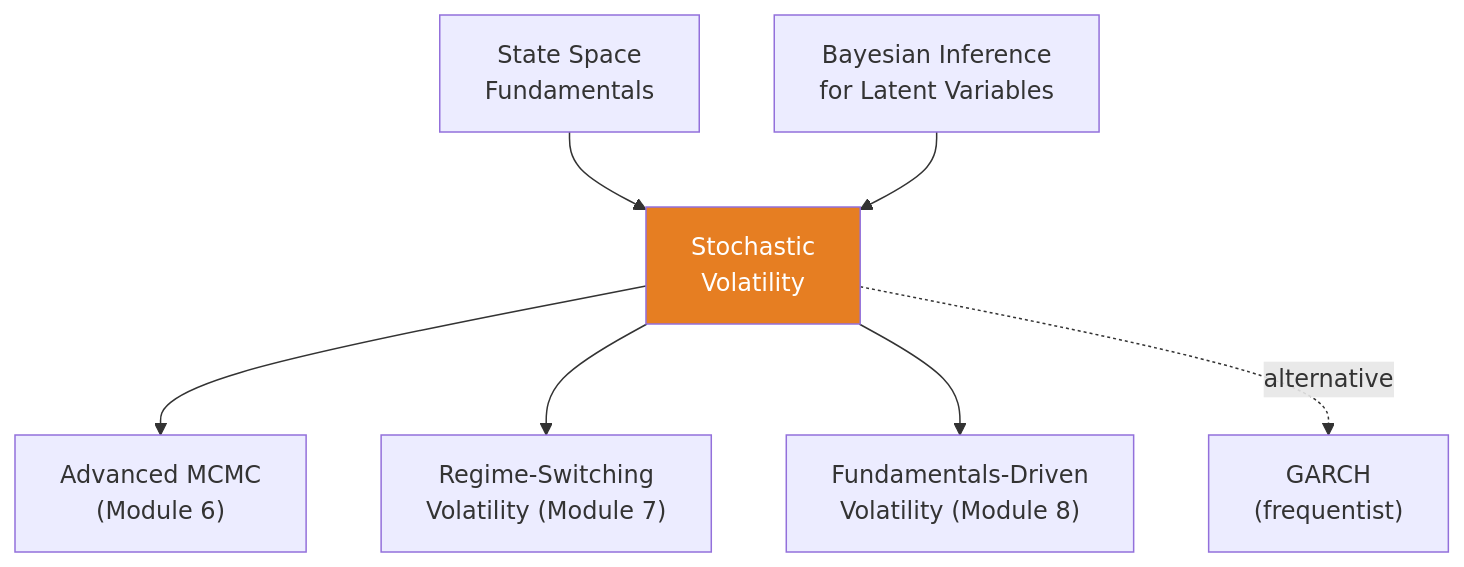
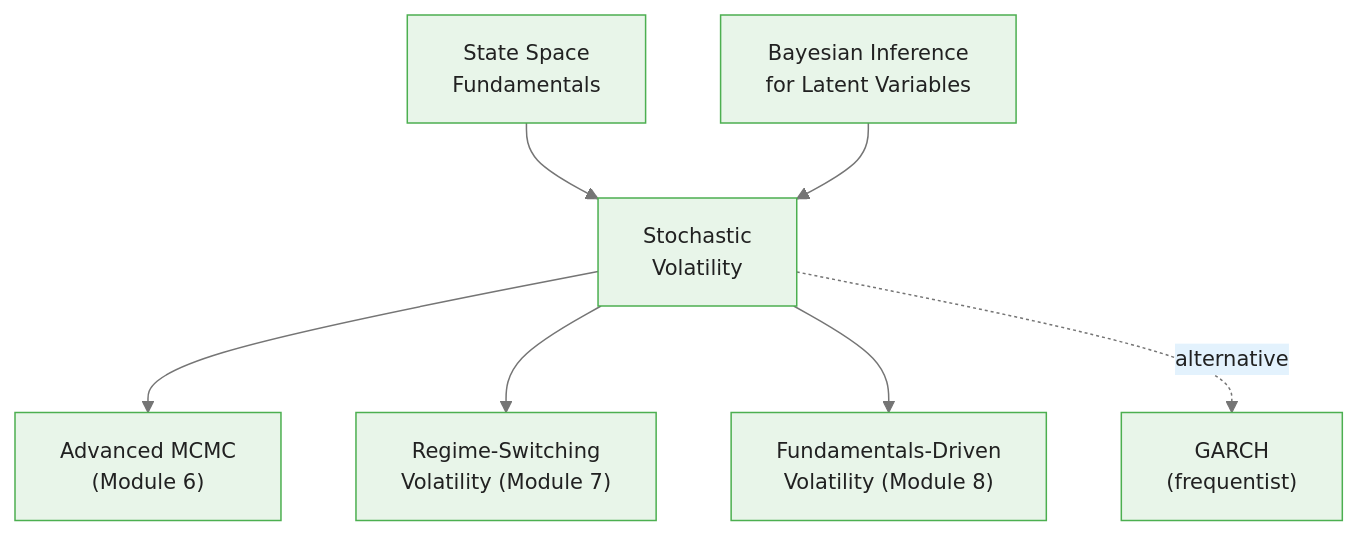
The third of 3 diagrams in courses/bayesian-commodity-forecasting/modules/module_03_state_space/guides/03_stochastic_volatility_slides.md (m-deane/course-creator), drawn with Mermaid before and after one commit. The commit also changed other lines of this file and 104 other files, not shown here.

````diff
--- a/courses/bayesian-commodity-forecasting/modules/module_03_state_space/guides/03_stochastic_volatility_slides.md
+++ b/courses/bayesian-commodity-forecasting/modules/module_03_state_space/guides/03_stochastic_volatility_slides.md
@@ -410,10 +422,10 @@
 ```mermaid
+%%{init: {"theme": "base", "themeVariables": {"primaryColor": "#e8f5e9", "primaryBorderColor": "#4caf50", "primaryTextColor": "#212121", "secondaryColor": "#e3f2fd", "tertiaryColor": "#fff8e1", "lineColor": "#757575", "fontFamily": "Inter, sans-serif", "fontSize": "14px"}}}%%
 flowchart TD
     SSM["State Space\nFundamentals"] --> SV["Stochastic\nVolatility"]
     BI["Bayesian Inference\nfor Latent Variables"] --> SV
     SV --> MCMC["Advanced MCMC\n(Module 6)"]
     SV --> RSV["Regime-Switching\nVolatility (Module 7)"]
     SV --> FV["Fundamentals-Driven\nVolatility (Module 8)"]
     SV -.->|"alternative"| GARCH["GARCH\n(frequentist)"]
-    style SV fill:#e67e22,color:#fff
 ```
````
